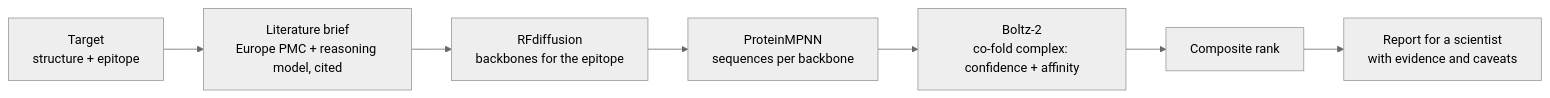
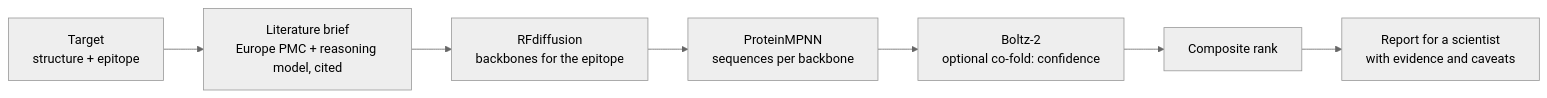
Before and after one commit to AnhDuongVo/ai-scientist: the diagram in README.md, drawn with Mermaid (neutral theme). The commit also changed other lines of this file and 10 other files, not shown here.

````diff
--- a/README.md
+++ b/README.md
@@ -12,9 +56,9 @@
 ```mermaid
 flowchart LR
     T[Target<br/>structure + epitope] --> L[Literature brief<br/>Europe PMC + reasoning model, cited]
     L --> B[RFdiffusion<br/>backbones for the epitope]
     B --> M[ProteinMPNN<br/>sequences per backbone]
-    M --> F[Boltz-2<br/>co-fold complex: confidence + affinity]
+    M --> F[Boltz-2<br/>optional co-fold: confidence]
     F --> R[Composite rank]
     R --> O[Report for a scientist<br/>with evidence and caveats]
 ```
````
